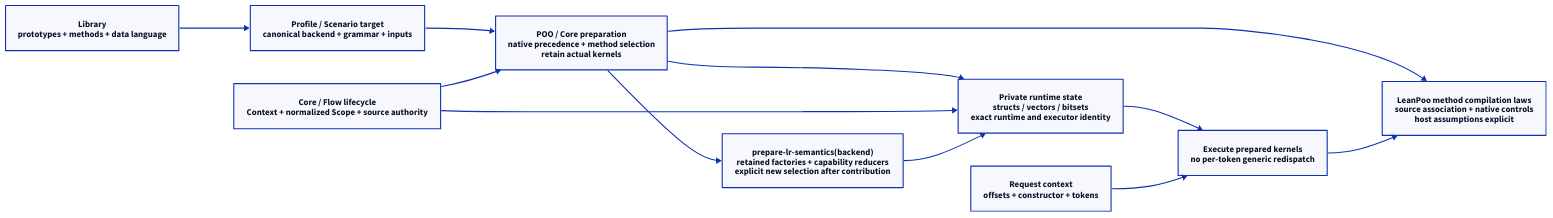
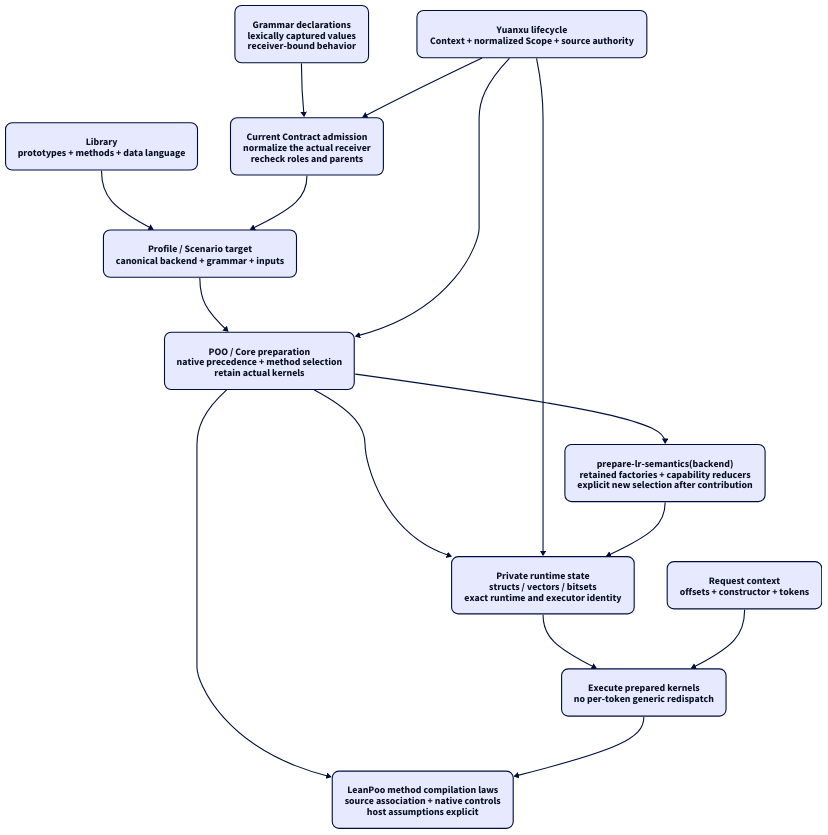
Before and after one commit to tao3k/gerbil-parser: the diagram in docs/architecture/poo-engine.d2, drawn with D2. The commit also changed 4 other files, not shown here.

```diff
--- a/docs/architecture/poo-engine.d2
+++ b/docs/architecture/poo-engine.d2
@@ -1,19 +1,39 @@
-direction: right
+direction: down
+vars: {
+  d2-config: {
+    theme-id: 3
+    pad: 32
+  }
+}
+classes: {
+  boundary: {
+    style: {
+      border-radius: 12
+      font-size: 18
+    }
+  }
+}
+*: {class: boundary}
 library: "Library\nprototypes + methods + data language"
 selection: "Profile / Scenario target\ncanonical backend + grammar + inputs"
 prepare: "POO / Core preparation\nnative precedence + method selection\nretain actual kernels"
 state: "Private runtime state\nstructs / vectors / bitsets\nexact runtime and executor identity"
 request: "Request context\noffsets + constructor + tokens"
 execute: "Execute prepared kernels\nno per-token generic redispatch"
 proof: "LeanPoo method compilation laws\nsource association + native controls\nhost assumptions explicit"
 library -> selection -> prepare -> state
 state -> execute
 request -> execute
 prepare -> proof
 execute -> proof
-lifecycle: "Core / Flow lifecycle\nContext + normalized Scope + source authority"
+lifecycle: "Yuanxu lifecycle\nContext + normalized Scope + source authority"
 lifecycle -> prepare
 lifecycle -> state
 
 selection_result: "prepare-lr-semantics(backend)\nretained factories + capability reducers\nexplicit new selection after contribution"
 prepare -> selection_result -> state
+
+declarations: "Grammar declarations\nlexically captured values\nreceiver-bound behavior"
+admission: "Current Contract admission\nnormalize the actual receiver\nrecheck roles and parents"
+declarations -> admission -> selection
+lifecycle -> admission
```
